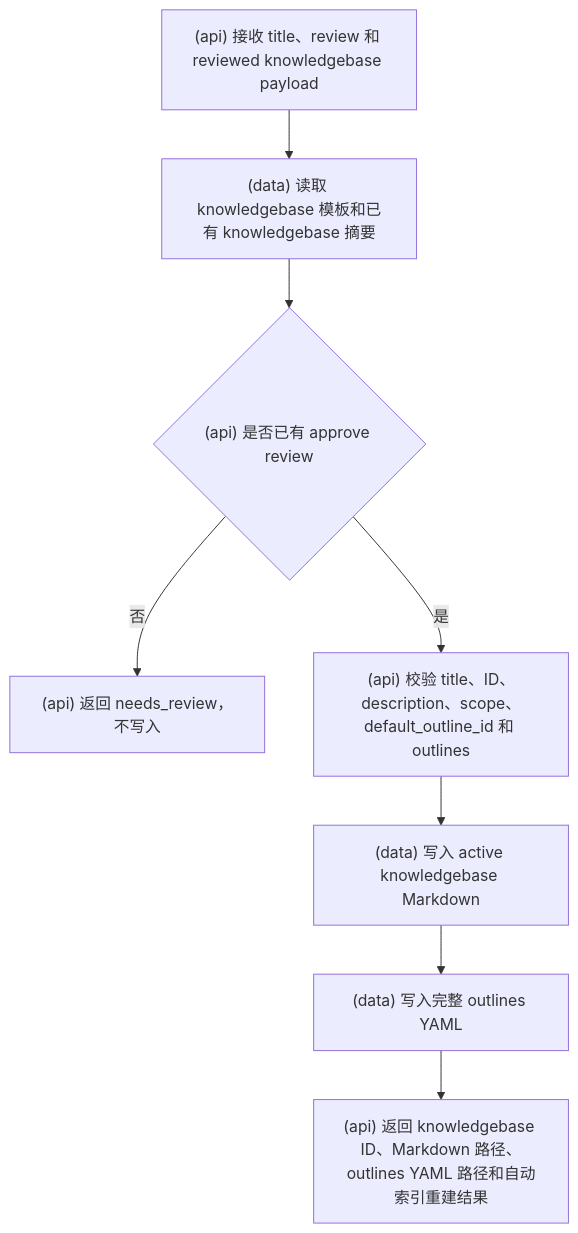
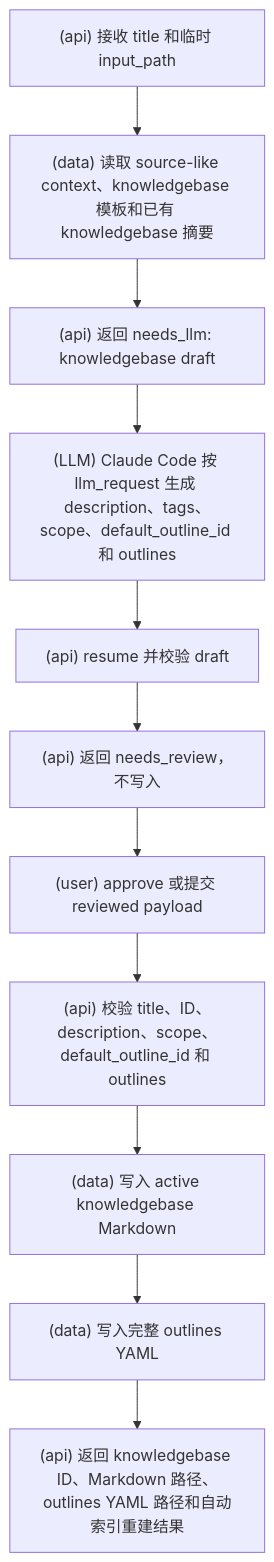
Before and after one commit to srangerme/KBManager: diagram 12 of 21 in docs/流程图.md, drawn with Mermaid. The commit also changed other lines of this file and 32 other files, not shown here.

````diff
--- a/docs/流程图.md
+++ b/docs/流程图.md
@@ -187,10 +187,13 @@
 ```mermaid
 flowchart TD
-  A["(api) 接收 title、review 和 reviewed knowledgebase payload"] --> B["(data) 读取 knowledgebase 模板和已有 knowledgebase 摘要"]
-  B --> C{"(api) 是否已有 approve review"}
-  C -- 否 --> D["(api) 返回 needs_review，不写入"]
-  C -- 是 --> E["(api) 校验 title、ID、description、scope、default_outline_id 和 outlines"]
-  E --> F["(data) 写入 active knowledgebase Markdown"]
-  F --> G["(data) 写入完整 outlines YAML"]
-  G --> H["(api) 返回 knowledgebase ID、Markdown 路径、outlines YAML 路径和自动索引重建结果"]
+  A["(api) 接收 title 和临时 input_path"] --> B["(data) 读取 source-like context、knowledgebase 模板和已有 knowledgebase 摘要"]
+  B --> C["(api) 返回 needs_llm: knowledgebase draft"]
+  C --> D["(LLM) Claude Code 按 llm_request 生成 description、tags、scope、default_outline_id 和 outlines"]
+  D --> E["(api) resume 并校验 draft"]
+  E --> F["(api) 返回 needs_review，不写入"]
+  F --> G["(user) approve 或提交 reviewed payload"]
+  G --> H["(api) 校验 title、ID、description、scope、default_outline_id 和 outlines"]
+  H --> I["(data) 写入 active knowledgebase Markdown"]
+  I --> J["(data) 写入完整 outlines YAML"]
+  J --> K["(api) 返回 knowledgebase ID、Markdown 路径、outlines YAML 路径和自动索引重建结果"]
 ```
````
